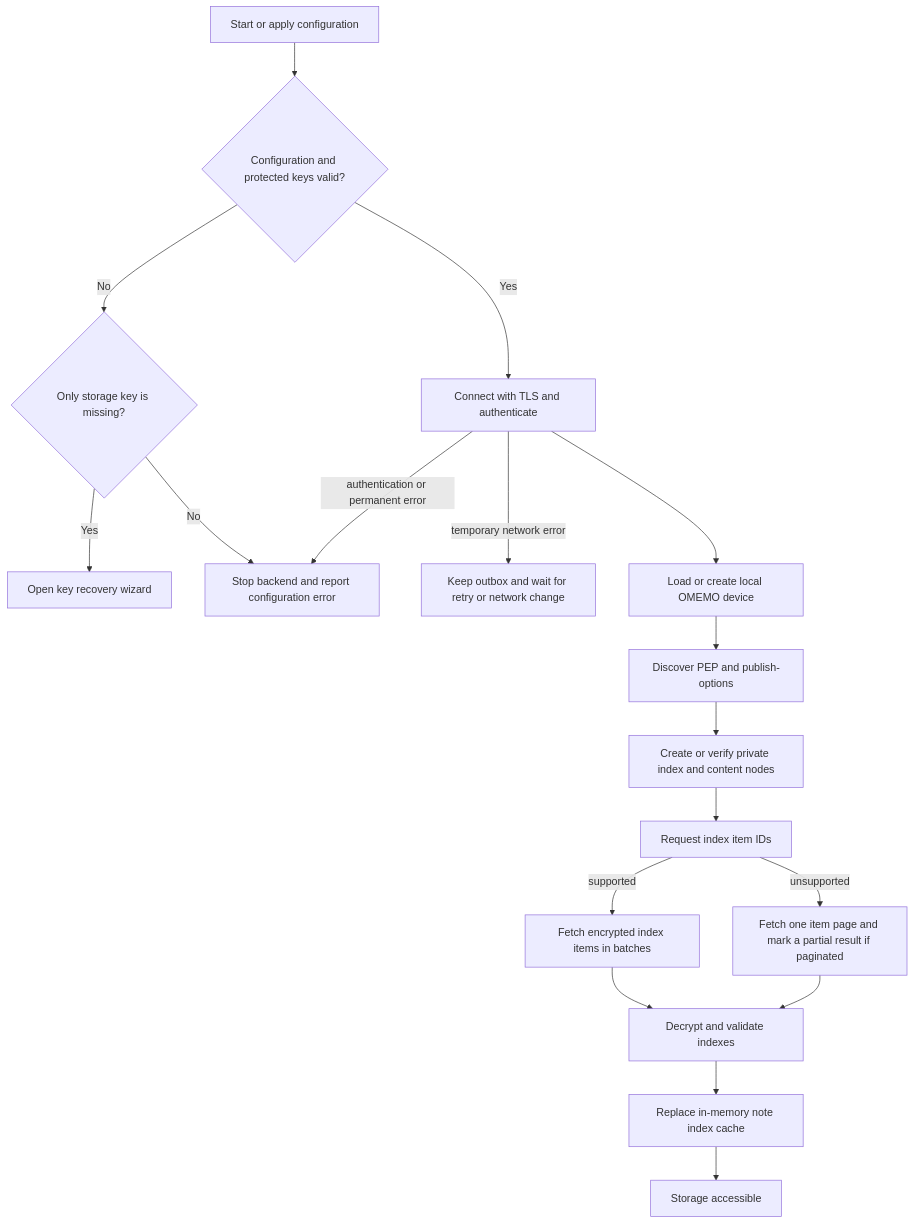
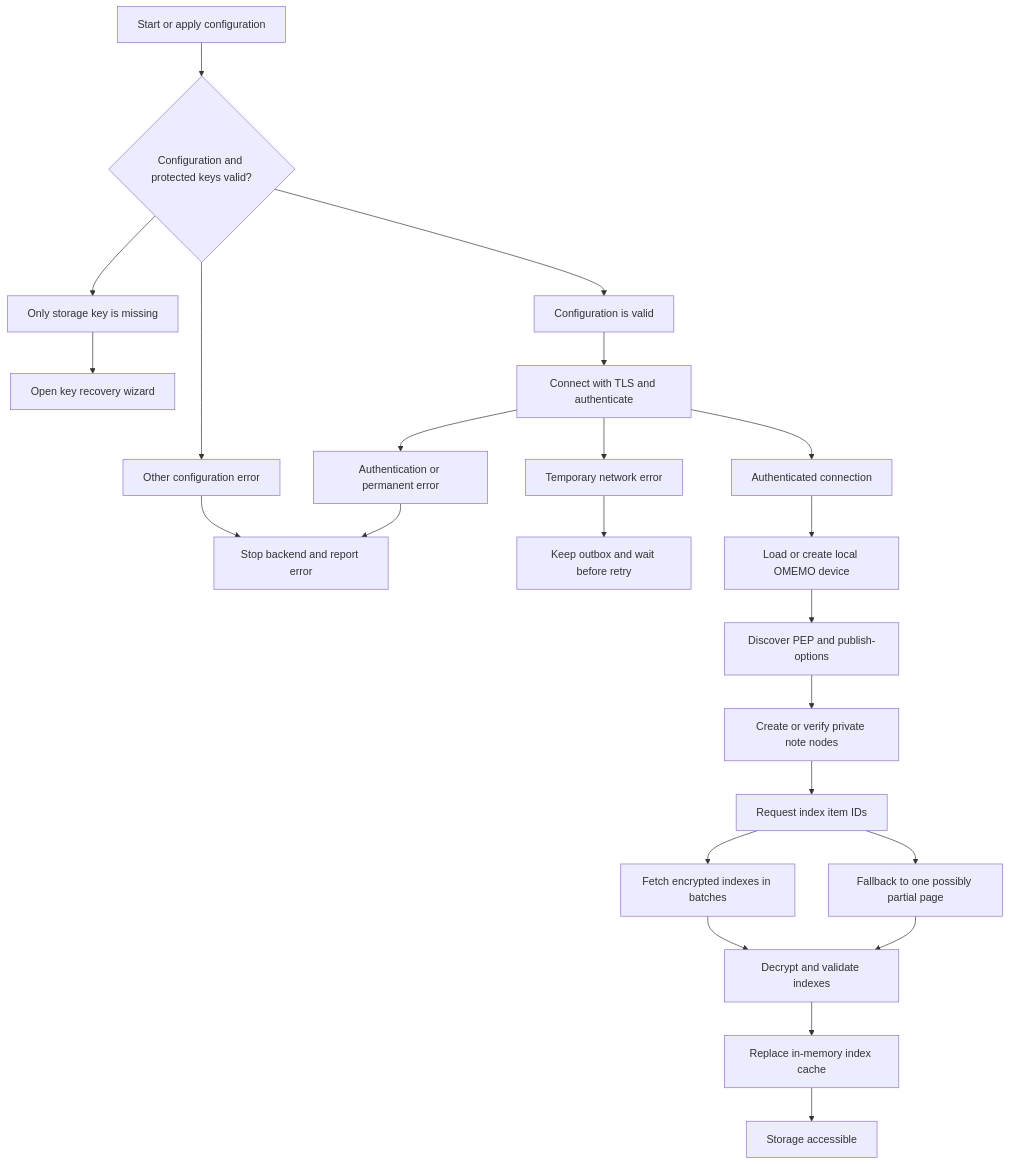
One commit to Ri0n/QtNote changed the second of 6 diagrams in plugins/xmpppubsub/README.md. Above: the diagram before and after it, drawn with Mermaid. The commit also changed other lines of this file, not shown here.

Commit message:
An attempt to fix github diagrams

````diff
--- a/plugins/xmpppubsub/README.md
+++ b/plugins/xmpppubsub/README.md
@@ -143,20 +143,25 @@
 ```mermaid
-flowchart TD
-    START[Start or apply configuration] --> VALIDATE{Configuration and protected keys valid?}
-    VALIDATE -- No --> RECOVER{Only storage key is missing?}
-    RECOVER -- Yes --> WIZARD[Open key recovery wizard]
-    RECOVER -- No --> STOP[Stop backend and report configuration error]
-    VALIDATE -- Yes --> TLS[Connect with TLS and authenticate]
-    TLS -->|authentication or permanent error| STOP
-    TLS -->|temporary network error| BACKOFF[Keep outbox and wait for retry or network change]
-    TLS --> OMEMO[Load or create local OMEMO device]
-    OMEMO --> PEP[Discover PEP and publish-options]
-    PEP --> NODES[Create or verify private index and content nodes]
-    NODES --> IDS[Request index item IDs]
-    IDS -->|supported| BATCH[Fetch encrypted index items in batches]
-    IDS -->|unsupported| PAGE[Fetch one item page and mark a partial result if paginated]
-    BATCH --> DECRYPT[Decrypt and validate indexes]
-    PAGE --> DECRYPT
-    DECRYPT --> CACHE[Replace in-memory note index cache]
-    CACHE --> READY[Storage accessible]
+graph TD;
+    START["Start or apply configuration"] --> VALIDATE{"Configuration and protected keys valid?"};
+    VALIDATE --> VALID["Configuration is valid"];
+    VALIDATE --> MISSING["Only storage key is missing"];
+    VALIDATE --> INVALID["Other configuration error"];
+    MISSING --> WIZARD["Open key recovery wizard"];
+    INVALID --> STOP["Stop backend and report error"];
+    VALID --> TLS["Connect with TLS and authenticate"];
+    TLS --> PERMANENT["Authentication or permanent error"];
+    TLS --> TEMPORARY["Temporary network error"];
+    TLS --> CONNECTED["Authenticated connection"];
+    PERMANENT --> STOP;
+    TEMPORARY --> BACKOFF["Keep outbox and wait before retry"];
+    CONNECTED --> OMEMO["Load or create local OMEMO device"];
+    OMEMO --> PEP["Discover PEP and publish-options"];
+    PEP --> NODES["Create or verify private note nodes"];
+    NODES --> IDS["Request index item IDs"];
+    IDS --> BATCH["Fetch encrypted indexes in batches"];
+    IDS --> FALLBACK["Fallback to one possibly partial page"];
+    BATCH --> DECRYPT["Decrypt and validate indexes"];
+    FALLBACK --> DECRYPT;
+    DECRYPT --> CACHE["Replace in-memory index cache"];
+    CACHE --> READY["Storage accessible"];
 ```
````
